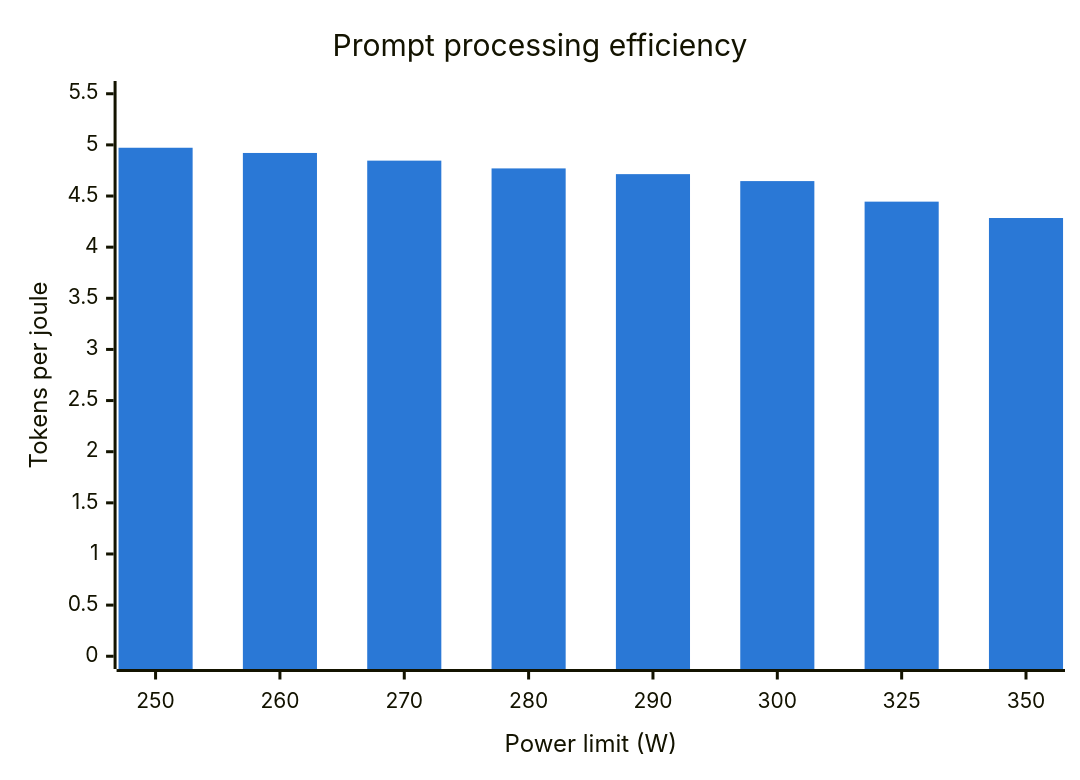
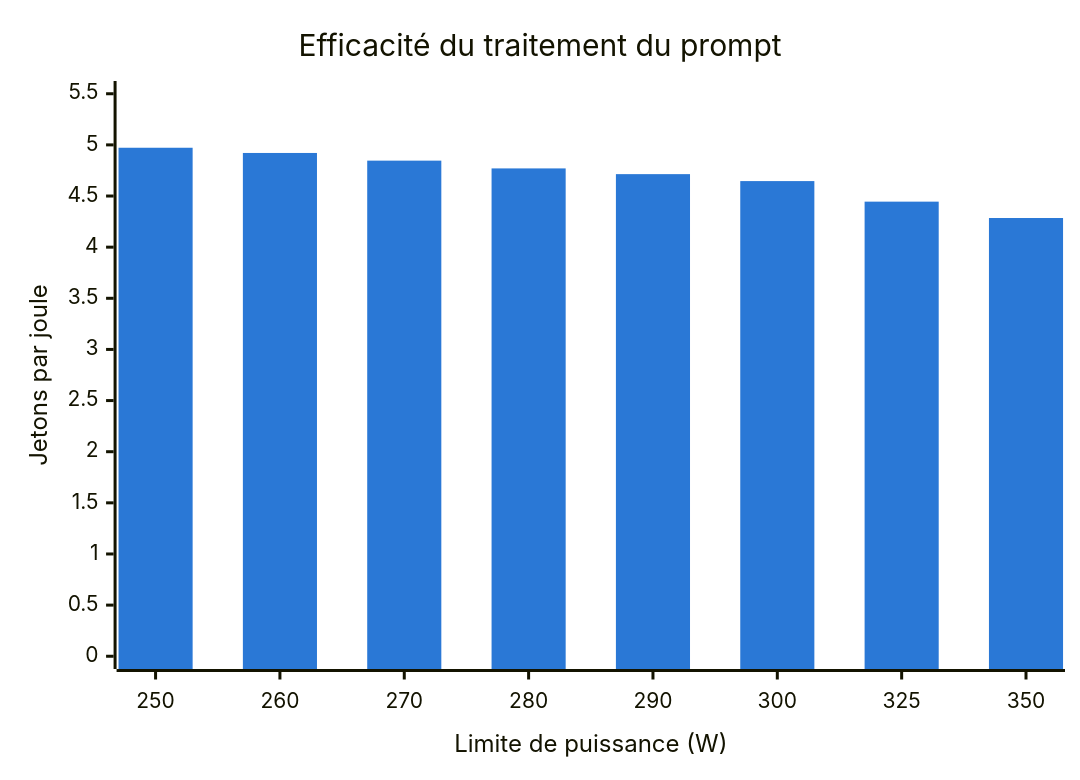
One commit to rem-lit/SummerAI changed the fourth of 4 diagrams in benchmarks/power-limit/README.md. Above: the diagram before and after it, drawn with Mermaid. The commit also changed other lines of this file and 22 other files, not shown here.

````diff
--- a/benchmarks/power-limit/README.md
+++ b/benchmarks/power-limit/README.md
@@ -72,13 +72,13 @@
 ```mermaid
 ---
 config:
   themeVariables:
     xyChart:
       plotColorPalette: "#2a78d6"
 ---
 xychart-beta
-  title "Prompt processing efficiency"
-  x-axis "Power limit (W)" [250, 260, 270, 280, 290, 300, 325, 350]
-  y-axis "Tokens per joule" 0 --> 5.5
+  title "Efficacité du traitement du prompt"
+  x-axis "Limite de puissance (W)" [250, 260, 270, 280, 290, 300, 325, 350]
+  y-axis "Jetons par joule" 0 --> 5.5
   bar [4.972, 4.921, 4.846, 4.77, 4.714, 4.646, 4.445, 4.285]
 ```
````
